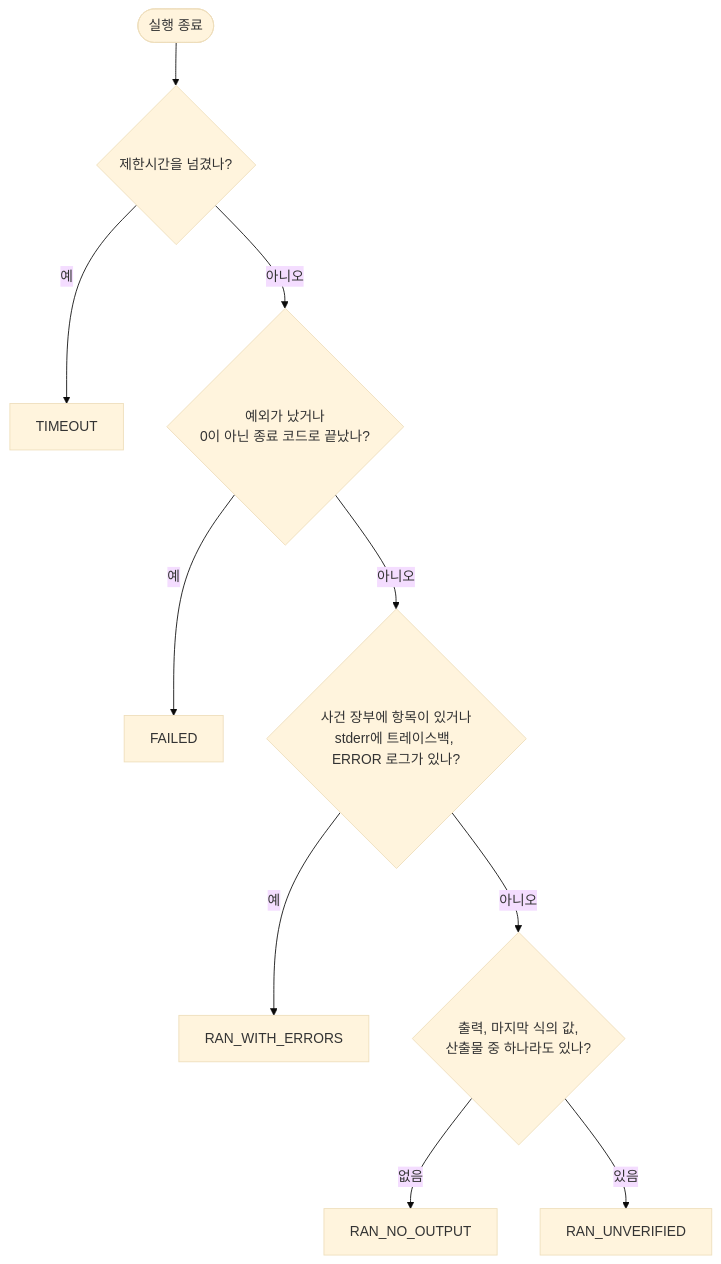
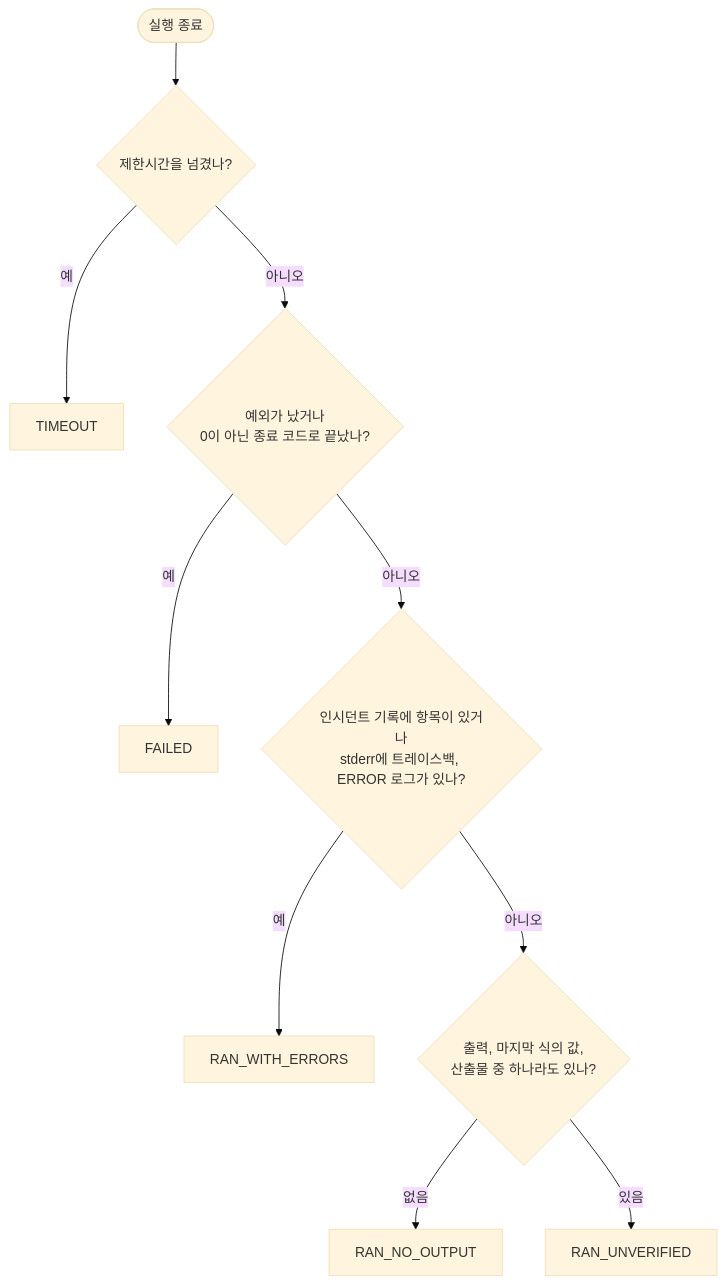
Before and after one commit to HaJaehee/AirGappedPySandbox: the fourth of 11 diagrams in lectures/03-architecture/02-dynamic-view.md, drawn with Mermaid (base theme). The commit also changed other lines of this file and 25 other files, not shown here.

First line of the commit message:
DOCS: 교육자료(lectures) 및 다이어그램 한국어 표현 전수 조사 및 표준 기술 용어 정제

````diff
--- a/lectures/03-architecture/02-dynamic-view.md
+++ b/lectures/03-architecture/02-dynamic-view.md
@@ -147,12 +147,12 @@
 ```mermaid
 flowchart TD
     S([실행 종료]) --> T{"제한시간을 넘겼나?"}
     T -- 예 --> TO["TIMEOUT"]
     T -- 아니오 --> E{"예외가 났거나<br/>0이 아닌 종료 코드로 끝났나?"}
     E -- 예 --> F["FAILED"]
-    E -- 아니오 --> G{"사건 장부에 항목이 있거나<br/>stderr에 트레이스백, ERROR 로그가 있나?"}
+    E -- 아니오 --> G{"인시던트 기록에 항목이 있거나<br/>stderr에 트레이스백, ERROR 로그가 있나?"}
     G -- 예 --> W["RAN_WITH_ERRORS"]
     G -- 아니오 --> O{"출력, 마지막 식의 값,<br/>산출물 중 하나라도 있나?"}
     O -- 없음 --> N["RAN_NO_OUTPUT"]
     O -- 있음 --> U["RAN_UNVERIFIED"]
 ```
````
